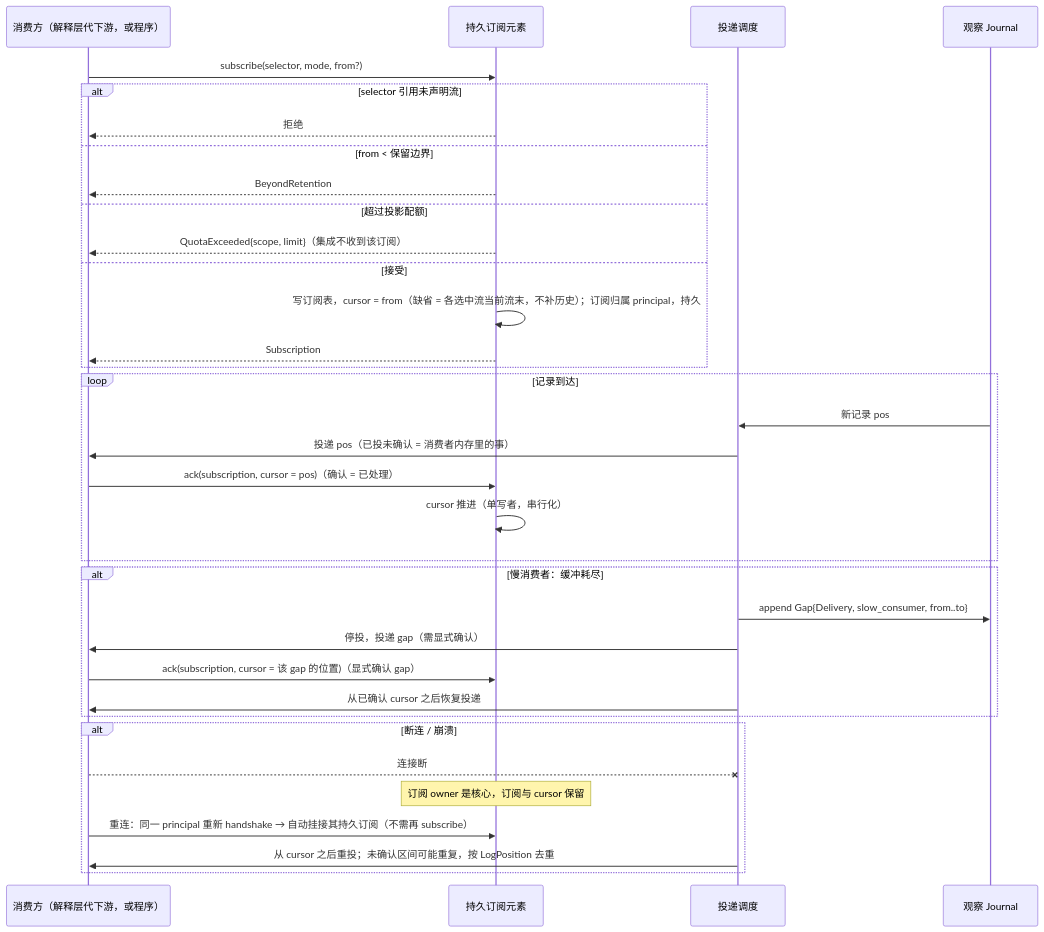
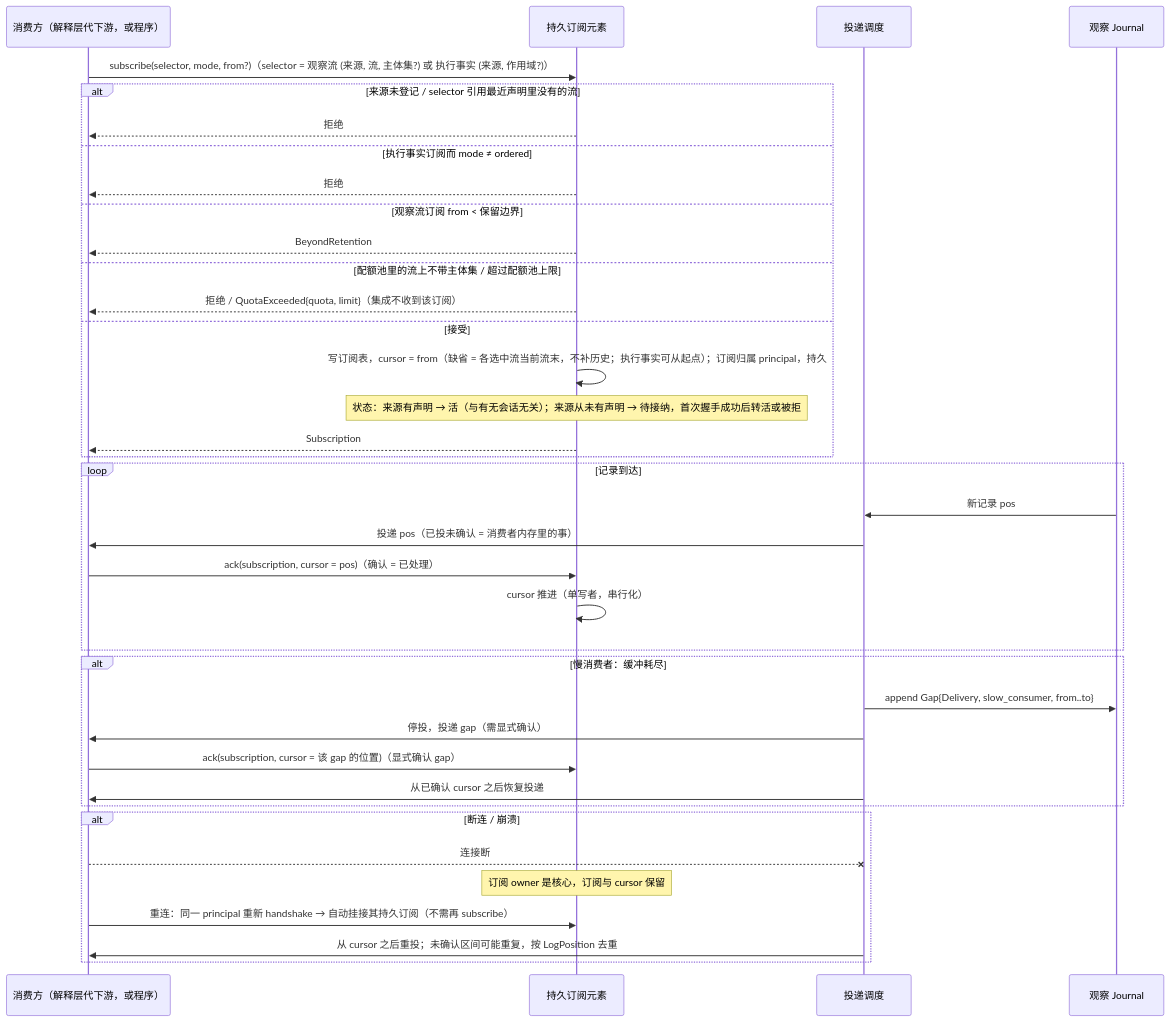
The fourth of 5 diagrams in design/diagrams/03-observation-ingest.md (mouriya-s-lab/uta), drawn with Mermaid before and after one commit. The commit also changed other lines of this file and 13 other files, not shown here.

````diff
--- a/design/diagrams/03-observation-ingest.md
+++ b/design/diagrams/03-observation-ingest.md
@@ -110,36 +110,39 @@
 ```mermaid
 sequenceDiagram
   participant C as 消费方（解释层代下游，或程序）
   participant SUB as 持久订阅元素
   participant DL as 投递调度
   participant J as 观察 Journal
-  C->>SUB: subscribe(selector, mode, from?)
-  alt selector 引用未声明流
+  C->>SUB: subscribe(selector, mode, from?)（selector = 观察流 (来源, 流, 主体集?) 或 执行事实 (来源, 作用域?)）
+  alt 来源未登记 / selector 引用最近声明里没有的流
     SUB-->>C: 拒绝
-  else from < 保留边界
+  else 执行事实订阅而 mode ≠ ordered
+    SUB-->>C: 拒绝
+  else 观察流订阅 from < 保留边界
     SUB-->>C: BeyondRetention
-  else 超过投影配额
-    SUB-->>C: QuotaExceeded{scope, limit}（集成不收到该订阅）
+  else 配额池里的流上不带主体集 / 超过配额池上限
+    SUB-->>C: 拒绝 / QuotaExceeded{quota, limit}（集成不收到该订阅）
   else 接受
-    SUB->>SUB: 写订阅表，cursor = from（缺省 = 各选中流当前流末，不补历史）；订阅归属 principal，持久
+    SUB->>SUB: 写订阅表，cursor = from（缺省 = 各选中流当前流末，不补历史；执行事实可从起点）；订阅归属 principal，持久
+    Note over SUB: 状态：来源有声明 → 活（与有无会话无关）；来源从未有声明 → 待接纳，首次握手成功后转活或被拒
     SUB-->>C: Subscription
   end
   loop 记录到达
     J->>DL: 新记录 pos
     DL->>C: 投递 pos（已投未确认 = 消费者内存里的事）
     C->>SUB: ack(subscription, cursor = pos)（确认 = 已处理）
     SUB->>SUB: cursor 推进（单写者，串行化）
   end
   alt 慢消费者：缓冲耗尽
     DL->>J: append Gap{Delivery, slow_consumer, from..to}
     DL->>C: 停投，投递 gap（需显式确认）
     C->>SUB: ack(subscription, cursor = 该 gap 的位置)（显式确认 gap）
     DL->>C: 从已确认 cursor 之后恢复投递
   end
   alt 断连 / 崩溃
     C--xDL: 连接断
     Note over SUB: 订阅 owner 是核心，订阅与 cursor 保留
     C->>SUB: 重连：同一 principal 重新 handshake → 自动挂接其持久订阅（不需再 subscribe）
     DL->>C: 从 cursor 之后重投；未确认区间可能重复，按 LogPosition 去重
   end
 ```
````
